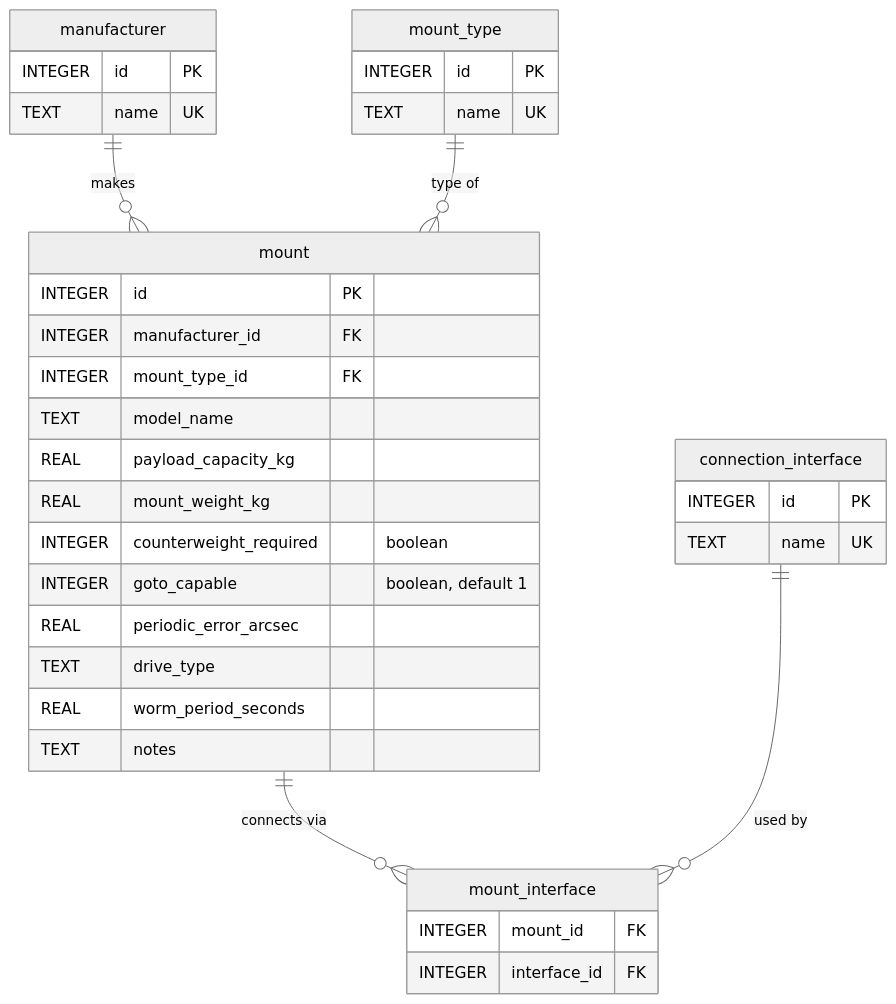
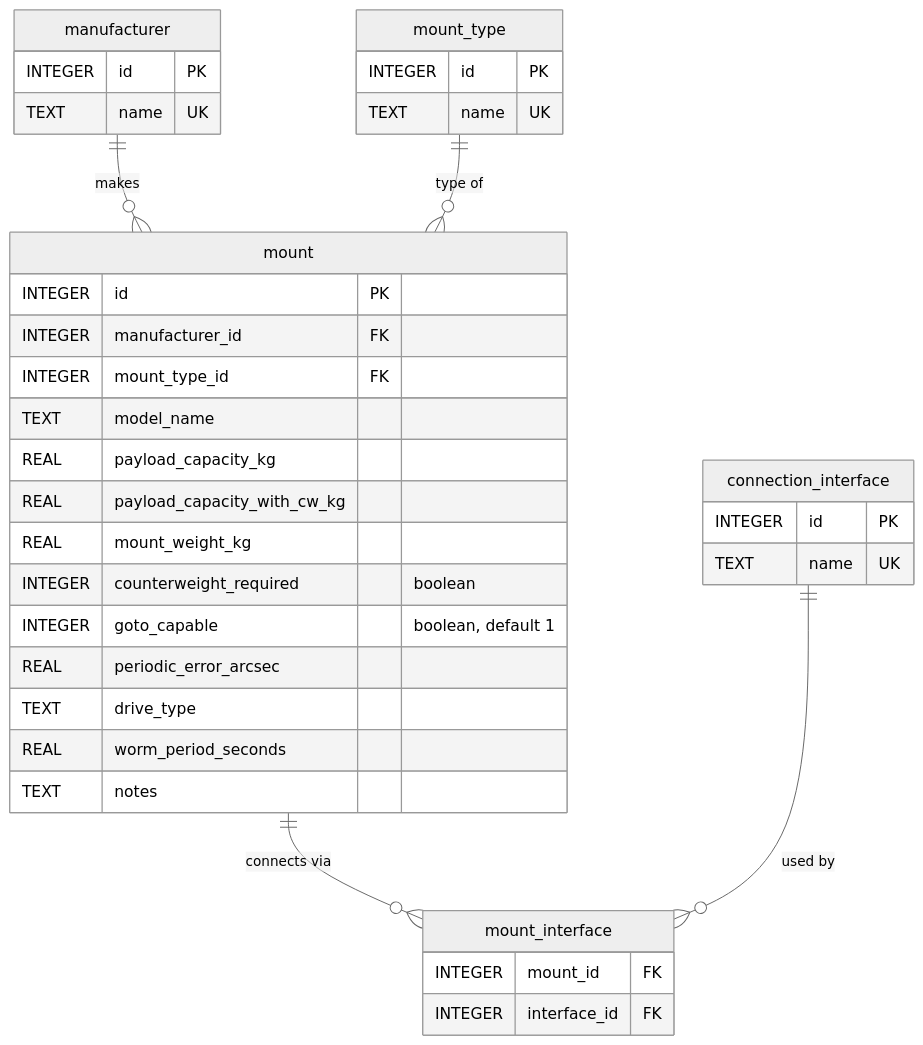
Before and after one commit to fbaptiste/nightcrate: the seventh of 12 diagrams in DB_SCHEMA.md, drawn with Mermaid (neutral theme). The commit also changed 12 other files, not shown here.

````diff
--- a/DB_SCHEMA.md
+++ b/DB_SCHEMA.md
@@ -341,42 +341,43 @@
 ```mermaid
 erDiagram
     manufacturer {
         INTEGER id PK
         TEXT name UK
     }
 
     mount_type {
         INTEGER id PK
         TEXT name UK
     }
 
     connection_interface {
         INTEGER id PK
         TEXT name UK
     }
 
     mount {
         INTEGER id PK
         INTEGER manufacturer_id FK
         INTEGER mount_type_id FK
         TEXT model_name
         REAL payload_capacity_kg
+        REAL payload_capacity_with_cw_kg
         REAL mount_weight_kg
         INTEGER counterweight_required "boolean"
         INTEGER goto_capable "boolean, default 1"
         REAL periodic_error_arcsec
         TEXT drive_type
         REAL worm_period_seconds
         TEXT notes
     }
 
     mount_interface {
         INTEGER mount_id FK
         INTEGER interface_id FK
     }
 
     manufacturer ||--o{ mount : "makes"
     mount_type ||--o{ mount : "type of"
     mount ||--o{ mount_interface : "connects via"
     connection_interface ||--o{ mount_interface : "used by"
 ```
````
